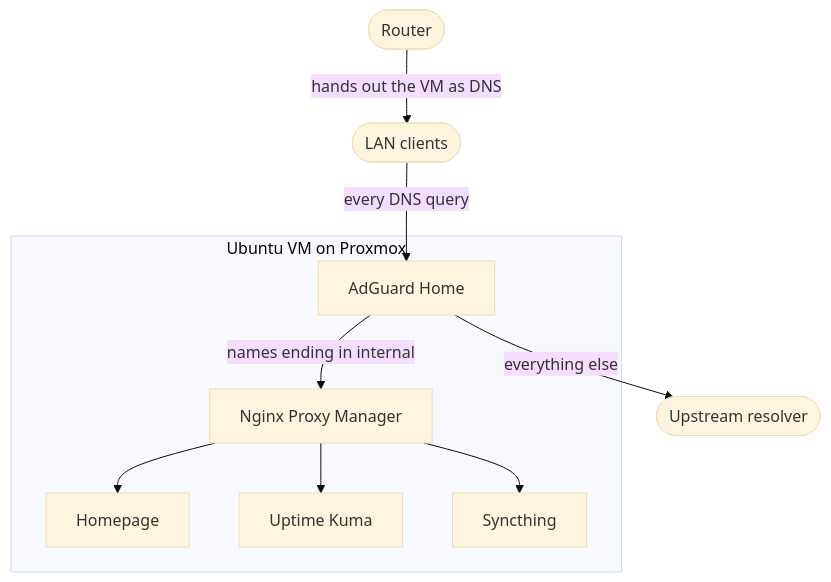
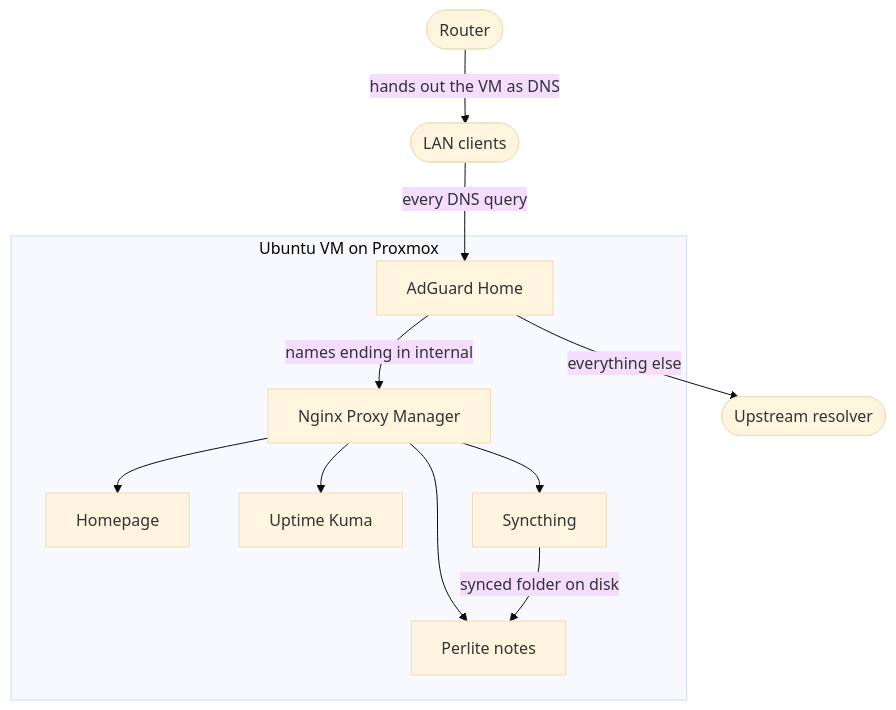
One commit to Lukk17/InstallationHelper changed the first of 2 diagrams in homelab/README_HOMELAB.md. Above: the diagram before and after it, drawn with Mermaid (base theme). The commit also changed other lines of this file and 4 other files, not shown here.

First line of the commit message:
feat(homelab): add Perlite to serve the synced notes vault as a website

````diff
--- a/homelab/README_HOMELAB.md
+++ b/homelab/README_HOMELAB.md
@@ -20,22 +20,25 @@
 ```mermaid
 graph TB
     accTitle: Home lab request path
     accDescr: LAN clients resolve every name through AdGuard Home. Internal names route through Nginx Proxy Manager to the service containers.
 
     R([Router]) -->|hands out the VM as DNS| C([LAN clients])
     C -->|every DNS query| AG
 
     subgraph VM["Ubuntu VM on Proxmox"]
         AG[AdGuard Home]
         NPM[Nginx Proxy Manager]
         HP[Homepage]
         UK[Uptime Kuma]
         SY[Syncthing]
+        PL[Perlite notes]
     end
 
     AG -->|names ending in internal| NPM
     AG -->|everything else| UP([Upstream resolver])
     NPM --> HP
     NPM --> UK
     NPM --> SY
+    NPM --> PL
+    SY -->|synced folder on disk| PL
 ```
````
